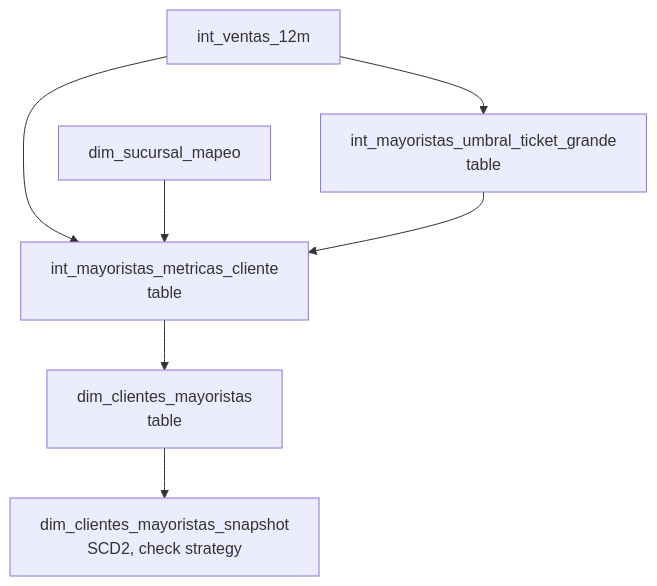
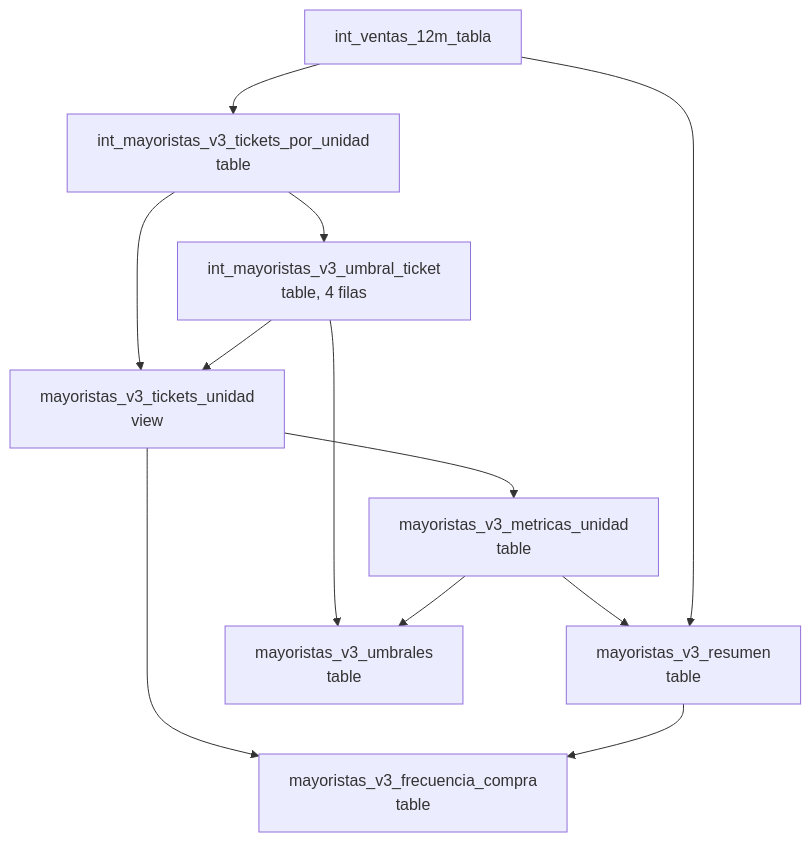
Before and after one commit to adrian-dato/dbt-ahorrazo: the fifth of 5 diagrams in ARQUITECTURA.md, drawn with Mermaid. The commit also changed other lines of this file and 6 other files, not shown here.

````diff
--- a/ARQUITECTURA.md
+++ b/ARQUITECTURA.md
@@ -214,9 +245,14 @@
 ```mermaid
 graph TD
-    INT_12M[int_ventas_12m] --> UMBRAL[int_mayoristas_umbral_ticket_grande<br/>table]
-    INT_12M --> METRICAS[int_mayoristas_metricas_cliente<br/>table]
-    SEED_SUC[dim_sucursal_mapeo] --> METRICAS
-    UMBRAL --> METRICAS
-    METRICAS --> DIM_MAY[dim_clientes_mayoristas<br/>table]
-    DIM_MAY --> SNAP_MAY[dim_clientes_mayoristas_snapshot<br/>SCD2, check strategy]
+    INT_12M[int_ventas_12m_tabla] --> POR_UNIDAD[int_mayoristas_v3_tickets_por_unidad<br/>table]
+    POR_UNIDAD --> CORTE[int_mayoristas_v3_umbral_ticket<br/>table, 4 filas]
+    POR_UNIDAD --> TICKETS[mayoristas_v3_tickets_unidad<br/>view]
+    CORTE --> TICKETS
+    TICKETS --> METRICAS[mayoristas_v3_metricas_unidad<br/>table]
+    METRICAS --> RESUMEN[mayoristas_v3_resumen<br/>table]
+    INT_12M --> RESUMEN
+    CORTE --> UMBRALES[mayoristas_v3_umbrales<br/>table]
+    METRICAS --> UMBRALES
+    TICKETS --> FREC[mayoristas_v3_frecuencia_compra<br/>table]
+    RESUMEN --> FREC
 ```
````
